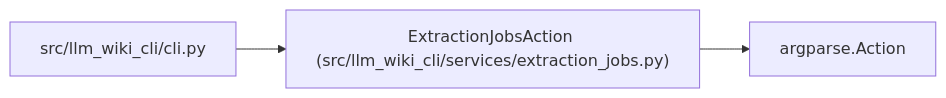
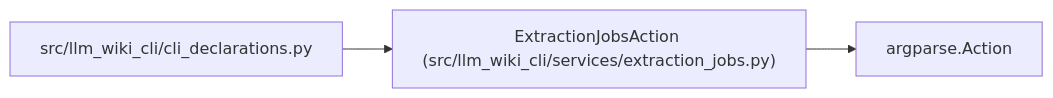
The diagram in docs/llm_wiki/entities/ExtractionJobsAction.md (Denissvgn/python-wiki-llm), drawn with Mermaid before and after one commit. The commit also changed other lines of this file and 1555 other files, not shown here.

````diff
--- a/docs/llm_wiki/entities/ExtractionJobsAction.md
+++ b/docs/llm_wiki/entities/ExtractionJobsAction.md
@@ -25,10 +25,10 @@
 ```mermaid
 flowchart LR
     n0["ExtractionJobsAction (src/llm_wiki_cli/services/extraction_jobs.py)"]
     n1["argparse.Action"]
-    n2["src/llm_wiki_cli/cli.py"]
+    n2["src/llm_wiki_cli/cli_declarations.py"]
     n0 --> n1
     n2 --> n0
     click n0 "../modules/extraction_jobs.md"
-    click n2 "../modules/cli.md"
+    click n2 "../modules/cli_declarations.md"
 ```
````
